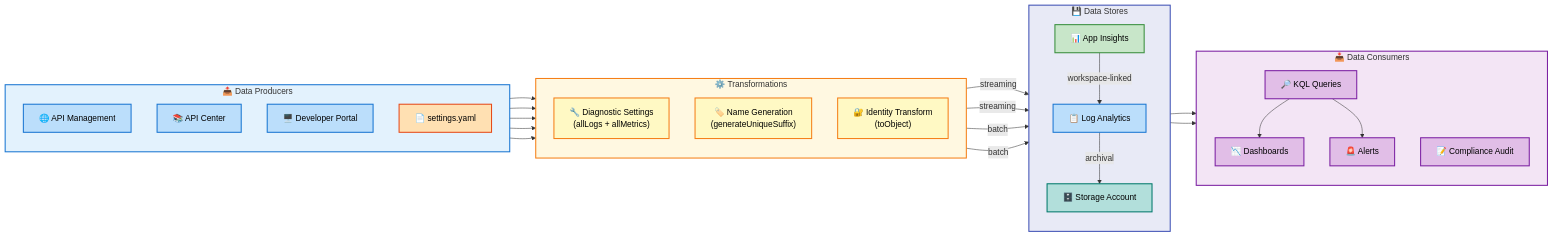
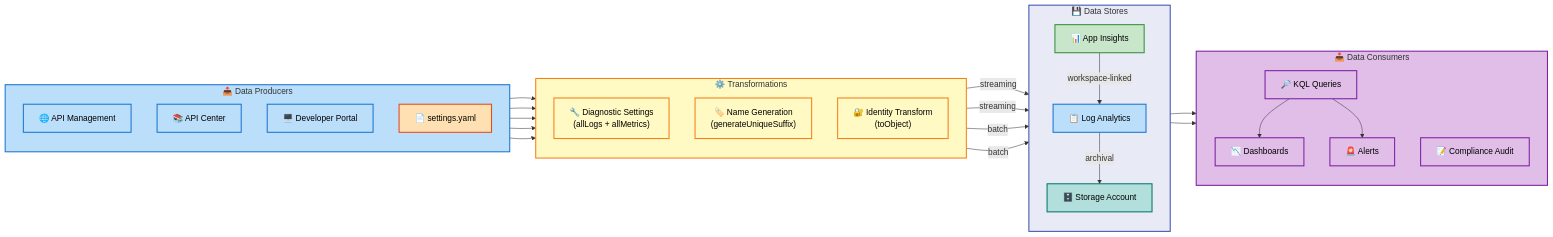
Before and after one commit to Evilazaro/APIM-Accelerator: the third of 3 diagrams in docs/architecture/data-layer-architecture.md, drawn with Mermaid. The commit also changed other lines of this file, not shown here.

Commit message:
Update color styles in data layer architecture diagrams for improved clarity

````diff
--- a/docs/architecture/data-layer-architecture.md
+++ b/docs/architecture/data-layer-architecture.md
@@ -373,74 +373,74 @@
 ```mermaid
 flowchart LR
     accTitle: Data Lineage and Integration Flows
     accDescr: Shows data lineage from source systems through processing to storage and consumption in the APIM Accelerator
 
     classDef level1Group fill:#E8EAF6,stroke:#3F51B5,stroke-width:3px,color:#000
     classDef level2Group fill:#C5CAE9,stroke:#3F51B5,stroke-width:2px,color:#000
     classDef level3Group fill:#9FA8DA,stroke:#3F51B5,stroke-width:2px,color:#000
     classDef level4Group fill:#5C6BC0,stroke:#3F51B5,stroke-width:1px,color:#fff
     classDef mainGroup fill:#E8EAF6,stroke:#3F51B5,stroke-width:3px,color:#000
     classDef subGroup fill:#C5CAE9,stroke:#3F51B5,stroke-width:2px,color:#000
     classDef mdBlue fill:#BBDEFB,stroke:#1976D2,stroke-width:2px,color:#000
     classDef mdGreen fill:#C8E6C9,stroke:#388E3C,stroke-width:2px,color:#000
     classDef mdRed fill:#FFCDD2,stroke:#D32F2F,stroke-width:2px,color:#000
     classDef mdYellow fill:#FFF9C4,stroke:#F57F17,stroke-width:2px,color:#000
     classDef mdOrange fill:#FFE0B2,stroke:#E64A19,stroke-width:2px,color:#000
     classDef mdPurple fill:#E1BEE7,stroke:#7B1FA2,stroke-width:2px,color:#000
     classDef mdTeal fill:#B2DFDB,stroke:#00796B,stroke-width:2px,color:#000
     classDef mdGrey fill:#F5F5F5,stroke:#616161,stroke-width:2px,color:#000
 
     subgraph producers["📤 Data Producers"]
         direction TB
         apim["🌐 API Management"]:::mdBlue
         apiCenter["📚 API Center"]:::mdBlue
         devPortal["🖥️ Developer Portal"]:::mdBlue
         config["📄 settings.yaml"]:::mdOrange
     end
 
     subgraph transforms["⚙️ Transformations"]
         direction TB
         diagSettings["🔧 Diagnostic Settings<br/>(allLogs + allMetrics)"]:::mdYellow
         nameGen["🏷️ Name Generation<br/>(generateUniqueSuffix)"]:::mdYellow
         identityXform["🔐 Identity Transform<br/>(toObject)"]:::mdYellow
     end
 
     subgraph stores["💾 Data Stores"]
         direction TB
         logAnalytics["📋 Log Analytics"]:::mdBlue
         appInsights["📊 App Insights"]:::mdGreen
         storage["🗄️ Storage Account"]:::mdTeal
     end
 
     subgraph consumers["📥 Data Consumers"]
         direction TB
         kql["🔎 KQL Queries"]:::mdPurple
         dashboards["📉 Dashboards"]:::mdPurple
         alerts["🚨 Alerts"]:::mdPurple
         audit["📝 Compliance Audit"]:::mdPurple
     end
 
     apim --> diagSettings
     apiCenter --> diagSettings
     devPortal --> diagSettings
     config --> nameGen
     config --> identityXform
 
     diagSettings -->|"streaming"| logAnalytics
     diagSettings -->|"streaming"| appInsights
     nameGen -->|"batch"| storage
     identityXform -->|"batch"| logAnalytics
 
     logAnalytics -->|"archival"| storage
     appInsights -->|"workspace-linked"| logAnalytics
 
     logAnalytics --> kql
     kql --> dashboards
     kql --> alerts
     storage --> audit
 
-    style producers fill:#E3F2FD,stroke:#1976D2,stroke-width:2px
-    style transforms fill:#FFF8E1,stroke:#F57F17,stroke-width:2px
+    style producers fill:#BBDEFB,stroke:#1976D2,stroke-width:2px
+    style transforms fill:#FFF9C4,stroke:#F57F17,stroke-width:2px
     style stores fill:#E8EAF6,stroke:#3F51B5,stroke-width:2px
-    style consumers fill:#F3E5F5,stroke:#7B1FA2,stroke-width:2px
+    style consumers fill:#E1BEE7,stroke:#7B1FA2,stroke-width:2px
 ```
````
